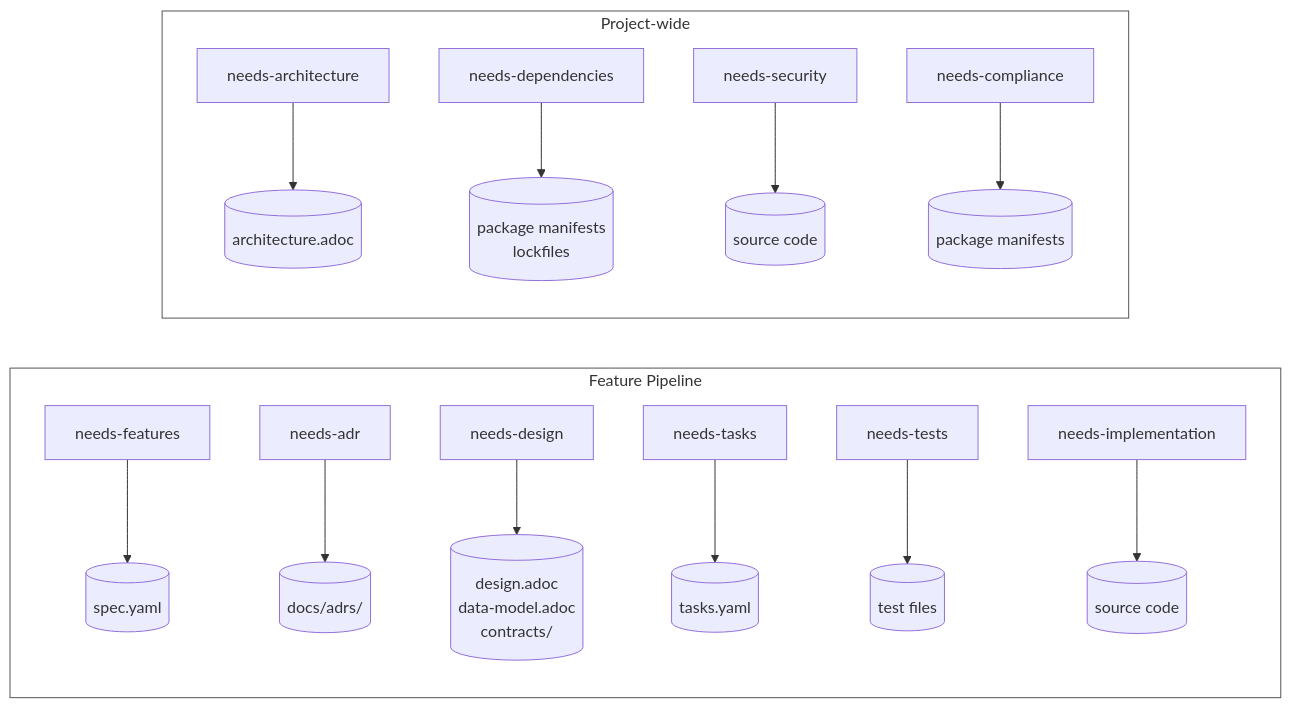
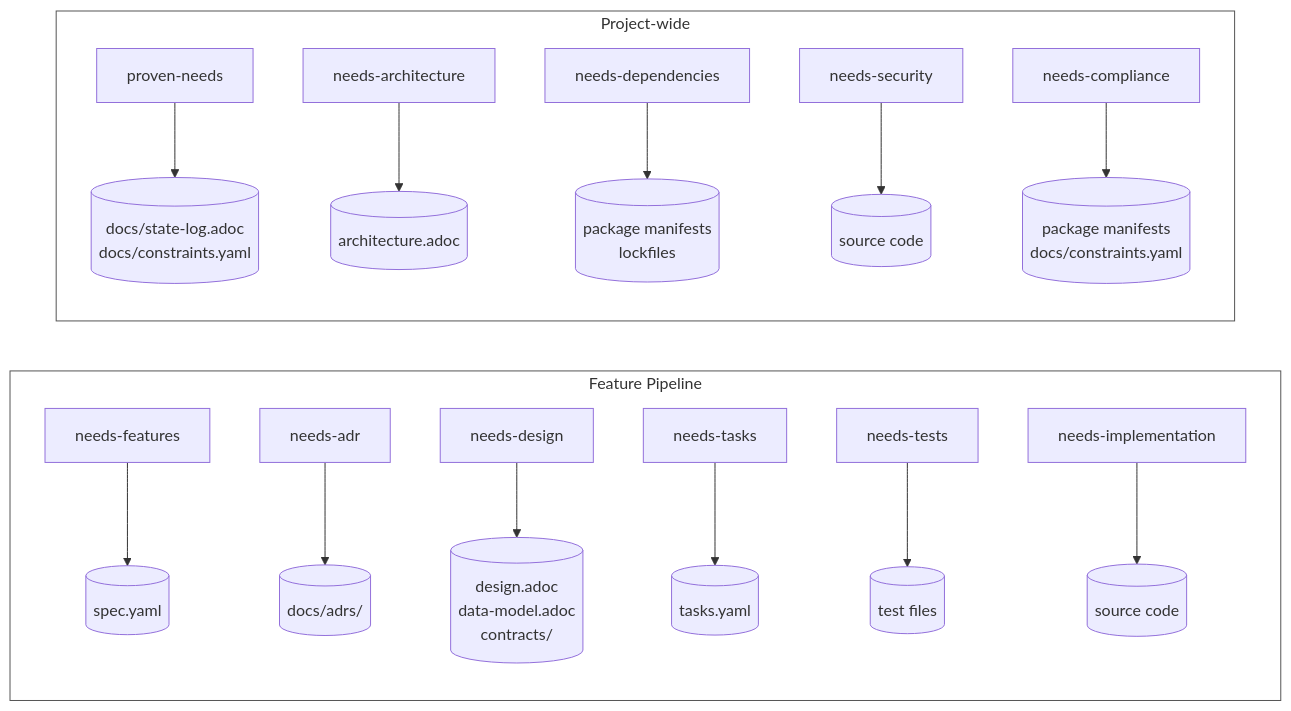
Before and after one commit to provenimpact/proven-capability: the third of 5 diagrams in README.md, drawn with Mermaid. The commit also changed other lines of this file and 8 other files, not shown here.

Commit message:
refactor(proven-needs): extract orchestrator workflow references

````diff
--- a/README.md
+++ b/README.md
@@ -120,21 +120,22 @@
 ```mermaid
 flowchart LR
     subgraph feature ["Feature Pipeline"]
         NF["needs-features"] --> SPEC[("spec.yaml")]
         NADR["needs-adr"] --> ADRS[("docs/adrs/")]
         ND["needs-design"] --> DESIGN[("design.adoc<br/>data-model.adoc<br/>contracts/")]
         NT["needs-tasks"] --> TASKS[("tasks.yaml")]
         NTST["needs-tests"] --> TESTCODE[("test files")]
         NI["needs-implementation"] --> CODE[("source code")]
     end
 
     subgraph project ["Project-wide"]
+        PN["proven-needs"] --> ORCH[("docs/state-log.adoc<br/>docs/constraints.yaml")]
         NARCH["needs-architecture"] --> ARCH[("architecture.adoc")]
         NDEPS["needs-dependencies"] --> DEPS[("package manifests<br/>lockfiles")]
         NSEC["needs-security"] --> CODE2[("source code")]
-        NCOMP["needs-compliance"] --> DEPS2[("package manifests")]
+        NCOMP["needs-compliance"] --> DEPS2[("package manifests<br/>docs/constraints.yaml")]
     end
 
     style feature fill:transparent,stroke:#555,stroke-width:1px
     style project fill:transparent,stroke:#555,stroke-width:1px
 ```
````
